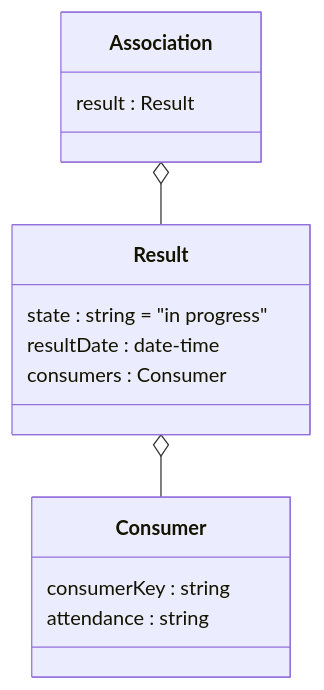
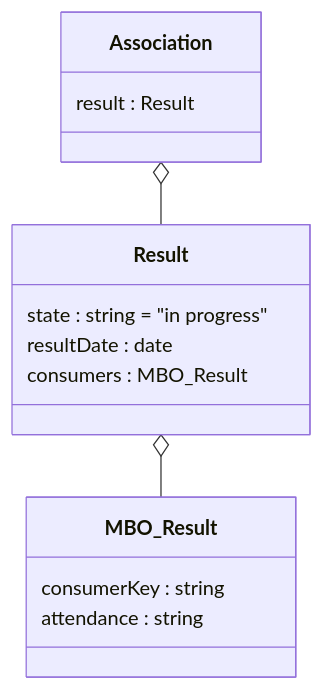
Before and after one commit to NetwerkExamineringDigitalisering/NED-OOAPI: the fourth of 6 diagrams in doc/flow3.md, drawn with Mermaid. The commit also changed other lines of this file, not shown here.

````diff
--- a/doc/flow3.md
+++ b/doc/flow3.md
@@ -127,17 +132,17 @@
 ```mermaid
 classDiagram
     class Association {
 	result : Result
     }
     class Result {
     	state : string = "in progress"
-	resultDate : date-time
-	consumers : Consumer
+	resultDate : date
+	consumers : MBO_Result
     }
-    class Consumer {
+    class MBO_Result {
 	consumerKey : string
 	attendance : string
     }
     Association o-- Result
-    Result o-- Consumer
+    Result o-- MBO_Result
 ```
````
